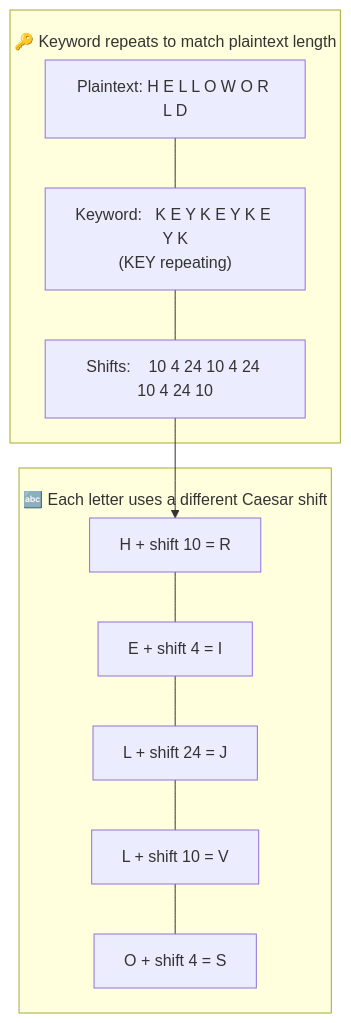
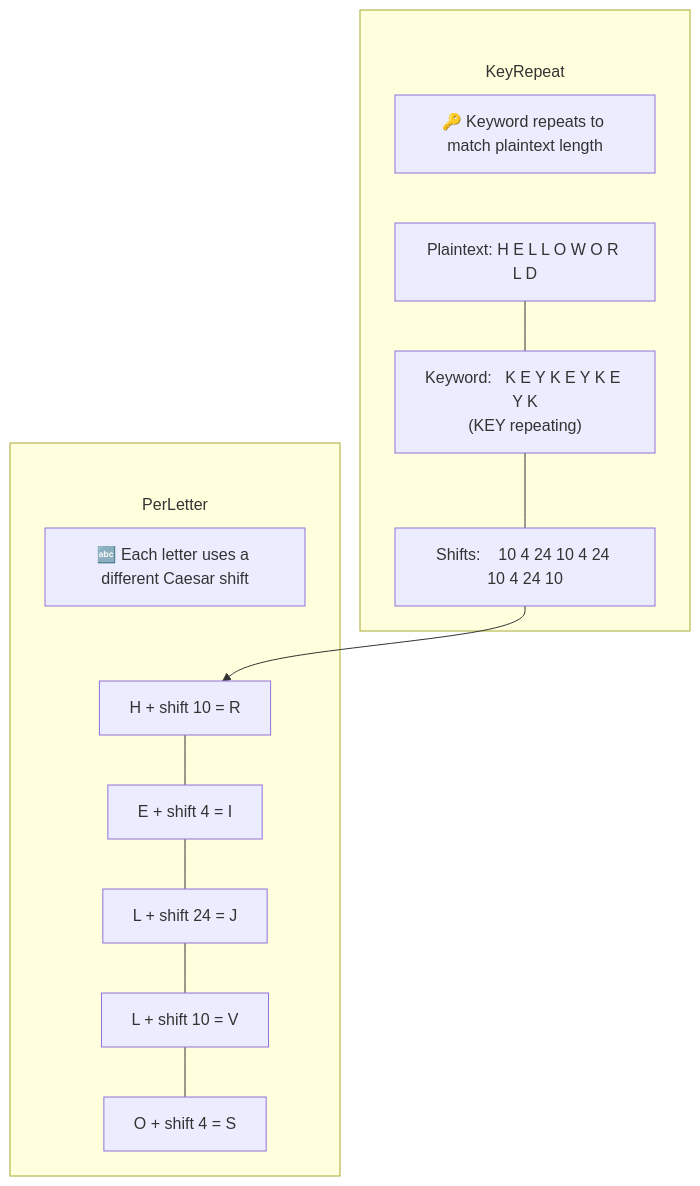
The fourth of 6 diagrams in src/main/java/security/encryption/classic/README.md (csoares/SecurityJava), drawn with Mermaid before and after one commit. The commit also changed other lines of this file and 11 other files, not shown here.

First line of the commit message:
Fix Mermaid subgraph title overlap by moving labels into title nodes

````diff
--- a/src/main/java/security/encryption/classic/README.md
+++ b/src/main/java/security/encryption/classic/README.md
@@ -81,21 +91,25 @@
 ```mermaid
-%%{init: {'flowchart': {'subGraphTitleMargin': {'top': 20, 'bottom': 5}}}}%%
+%%{init: {'flowchart': {'subGraphTitleMargin': {'top': 50, 'bottom': 10}}}}%%
 flowchart TD
-    subgraph KeyRepeat ["🔑 Keyword repeats to match plaintext length"]
+    subgraph KeyRepeat
+        T_KeyRepeat["🔑 Keyword repeats to match plaintext length"]
+        T_KeyRepeat ~~~ KR1
         KR1["Plaintext: H E L L O W O R L D"]
         KR2["Keyword:   K E Y K E Y K E Y K<br/>(KEY repeating)"]
         KR3["Shifts:    10 4 24 10 4 24 10 4 24 10"]
         KR1 --- KR2 --- KR3
     end
 
-    subgraph PerLetter ["🔤 Each letter uses a different Caesar shift"]
+    subgraph PerLetter
+        T_PerLetter["🔤 Each letter uses a different Caesar shift"]
+        T_PerLetter ~~~ L1
         L1["H + shift 10 = R"]
         L2["E + shift  4 = I"]
         L3["L + shift 24 = J"]
         L4["L + shift 10 = V"]
         L5["O + shift  4 = S"]
         L1 --- L2 --- L3 --- L4 --- L5
     end
 
     KR3 --> L1
 ```
````
